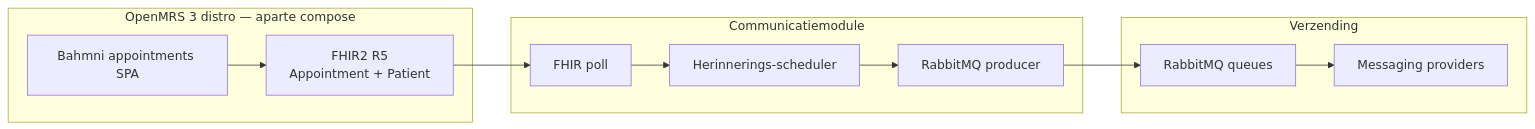
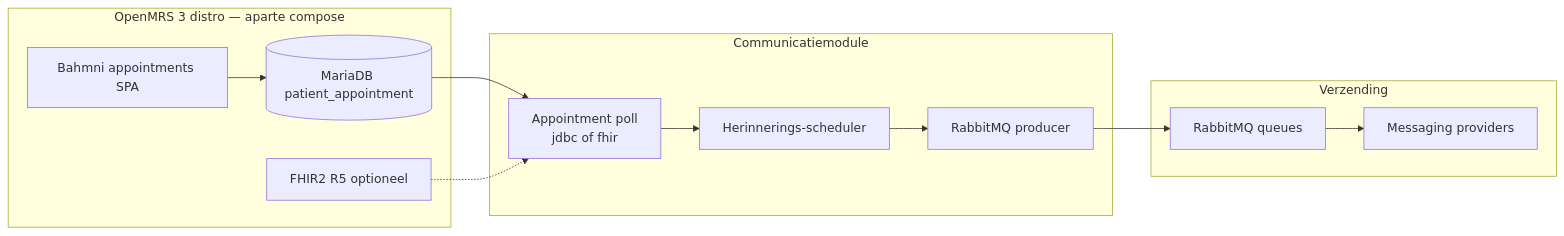
Before and after one commit to BoyanKloosterman/openmrs-comm-module: the diagram in README.md, drawn with Mermaid. The commit also changed other lines of this file and 2 other files, not shown here.

First line of the commit message:
Document JDBC/FHIR poll modes and update reports

````diff
--- a/README.md
+++ b/README.md
@@ -33,22 +33,24 @@
 ```mermaid
 flowchart LR
   subgraph distro [OpenMRS 3 distro — aparte compose]
     SPA[Bahmni appointments SPA]
-    FHIR[FHIR2 R5<br/>Appointment + Patient]
+    DB[(MariaDB patient_appointment)]
+    FHIR[FHIR2 R5 optioneel]
   end
   subgraph comm [Communicatiemodule]
-    POLL[FHIR poll]
+    POLL[Appointment poll<br/>jdbc of fhir]
     SCHED[Herinnerings-scheduler]
     RMQ[RabbitMQ producer]
   end
   subgraph delivery [Verzending]
     Q[RabbitMQ queues]
     PROV[Messaging providers]
   end
-  SPA --> FHIR
-  FHIR --> POLL
+  SPA --> DB
+  DB --> POLL
+  FHIR -.-> POLL
   POLL --> SCHED
   SCHED --> RMQ
   RMQ --> Q
   Q --> PROV
 ```
````
